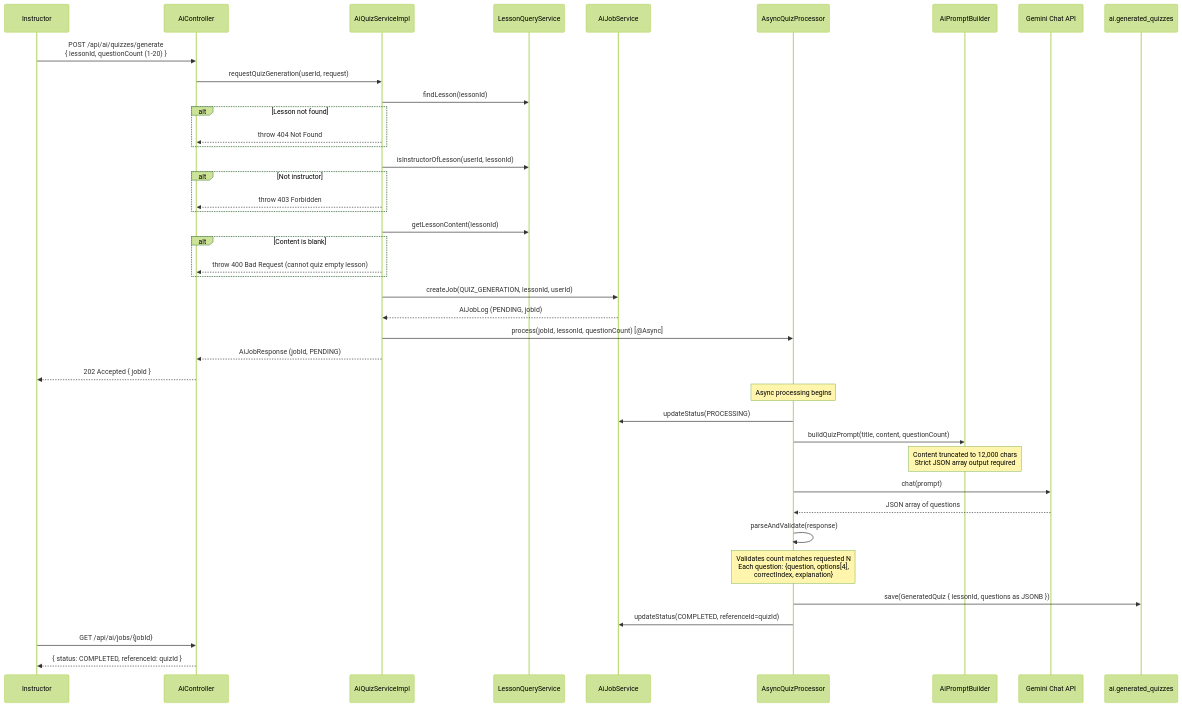
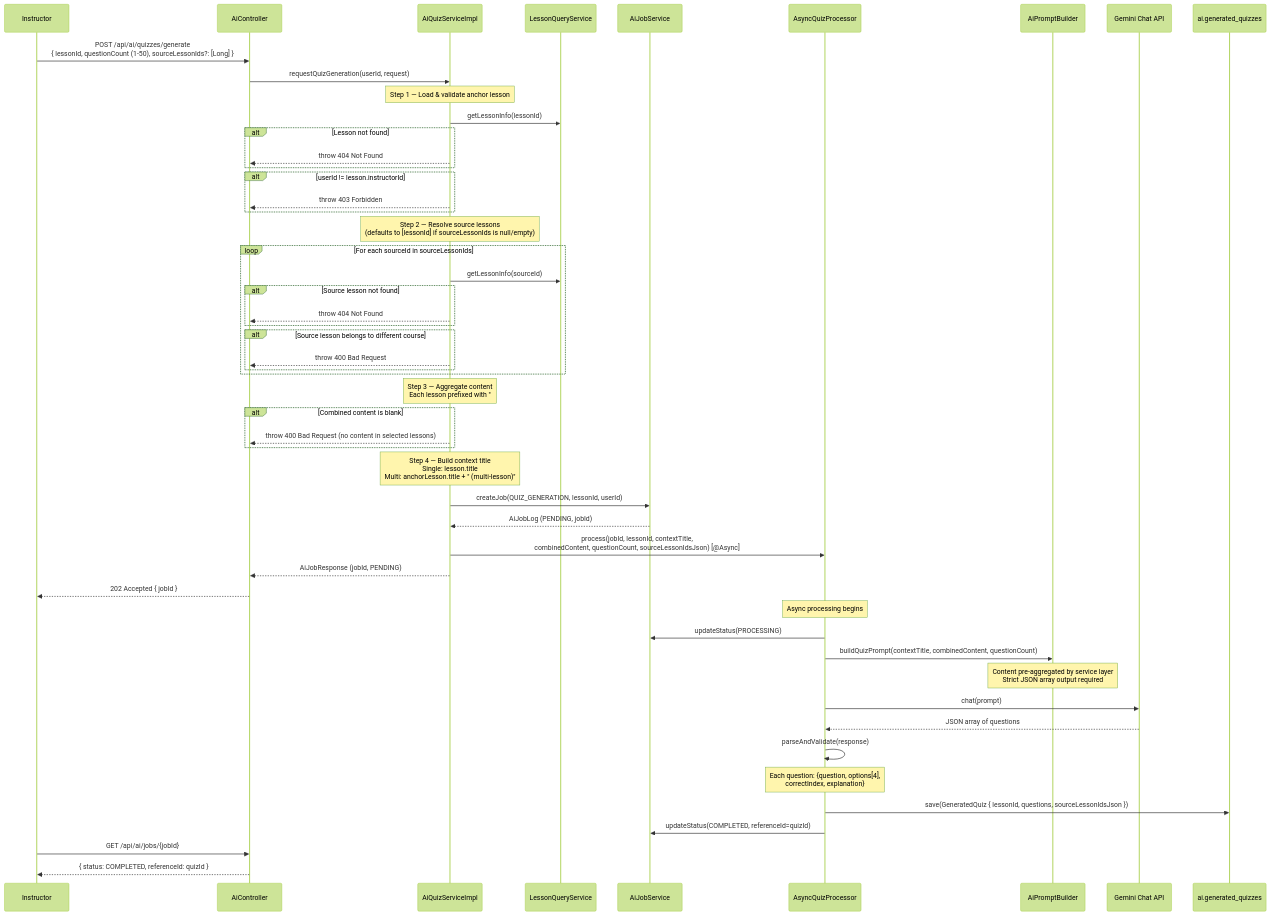
One commit to HuuLocFIT/EduMind changed diagram 11 of 16 in docs/workflows/ai_workflows.md. Above: the diagram before and after it, drawn with Mermaid (forest theme). The commit also changed other lines of this file and 13 other files, not shown here.

First line of the commit message:
feat: Enhance quiz generation with multi-source lesson support

````diff
--- a/docs/workflows/ai_workflows.md
+++ b/docs/workflows/ai_workflows.md
@@ -656,56 +656,68 @@
 ```mermaid
 sequenceDiagram
     participant Instructor
     participant Controller as AiController
     participant QuizService as AiQuizServiceImpl
     participant LessonQueryService
     participant JobService as AiJobService
     participant AsyncProc as AsyncQuizProcessor
     participant PromptBuilder as AiPromptBuilder
     participant Gemini as Gemini Chat API
     participant DB as ai.generated_quizzes
 
-    Instructor->>Controller: POST /api/ai/quizzes/generate<br>{ lessonId, questionCount (1-20) }
+    Instructor->>Controller: POST /api/ai/quizzes/generate<br>{ lessonId, questionCount (1-50), sourceLessonIds?: [Long] }
 
     Controller->>QuizService: requestQuizGeneration(userId, request)
-    QuizService->>LessonQueryService: findLesson(lessonId)
 
+    Note over QuizService: Step 1 — Load & validate anchor lesson
+    QuizService->>LessonQueryService: getLessonInfo(lessonId)
     alt Lesson not found
         QuizService-->>Controller: throw 404 Not Found
     end
-
-    QuizService->>LessonQueryService: isInstructorOfLesson(userId, lessonId)
-    alt Not instructor
+    alt userId != lesson.instructorId
         QuizService-->>Controller: throw 403 Forbidden
     end
 
-    QuizService->>LessonQueryService: getLessonContent(lessonId)
-    alt Content is blank
-        QuizService-->>Controller: throw 400 Bad Request (cannot quiz empty lesson)
+    Note over QuizService: Step 2 — Resolve source lessons<br/>(defaults to [lessonId] if sourceLessonIds is null/empty)
+    loop For each sourceId in sourceLessonIds
+        QuizService->>LessonQueryService: getLessonInfo(sourceId)
+        alt Source lesson not found
+            QuizService-->>Controller: throw 404 Not Found
+        end
+        alt Source lesson belongs to different course
+            QuizService-->>Controller: throw 400 Bad Request
+        end
     end
+
+    Note over QuizService: Step 3 — Aggregate content<br/>Each lesson prefixed with "## {title}"<br/>Only lessons with non-blank articleContent included
+    alt Combined content is blank
+        QuizService-->>Controller: throw 400 Bad Request (no content in selected lessons)
+    end
+
+    Note over QuizService: Step 4 — Build context title<br/>Single: lesson.title<br/>Multi: anchorLesson.title + " (multi-lesson)"
 
     QuizService->>JobService: createJob(QUIZ_GENERATION, lessonId, userId)
     JobService-->>QuizService: AiJobLog (PENDING, jobId)
-    QuizService->>AsyncProc: process(jobId, lessonId, questionCount) [@Async]
+    QuizService->>AsyncProc: process(jobId, lessonId, contextTitle,<br/>combinedContent, questionCount, sourceLessonIdsJson) [@Async]
 
     QuizService-->>Controller: AiJobResponse (jobId, PENDING)
     Controller-->>Instructor: 202 Accepted { jobId }
 
     Note over AsyncProc: Async processing begins
 
     AsyncProc->>JobService: updateStatus(PROCESSING)
-    AsyncProc->>PromptBuilder: buildQuizPrompt(title, content, questionCount)
-    Note over PromptBuilder: Content truncated to 12,000 chars<br/>Strict JSON array output required
+    AsyncProc->>PromptBuilder: buildQuizPrompt(contextTitle, combinedContent, questionCount)
+    Note over PromptBuilder: Content pre-aggregated by service layer<br/>Strict JSON array output required
 
     AsyncProc->>Gemini: chat(prompt)
     Gemini-->>AsyncProc: JSON array of questions
 
     AsyncProc->>AsyncProc: parseAndValidate(response)
-    Note over AsyncProc: Validates count matches requested N<br/>Each question: {question, options[4],<br>correctIndex, explanation}
+    Note over AsyncProc: Each question: {question, options[4],<br>correctIndex, explanation}
 
-    AsyncProc->>DB: save(GeneratedQuiz { lessonId, questions as JSONB })
+    AsyncProc->>DB: save(GeneratedQuiz { lessonId, questions, sourceLessonIdsJson })
     AsyncProc->>JobService: updateStatus(COMPLETED, referenceId=quizId)
 
     Instructor->>Controller: GET /api/ai/jobs/{jobId}
     Controller-->>Instructor: { status: COMPLETED, referenceId: quizId }
 ```
````
